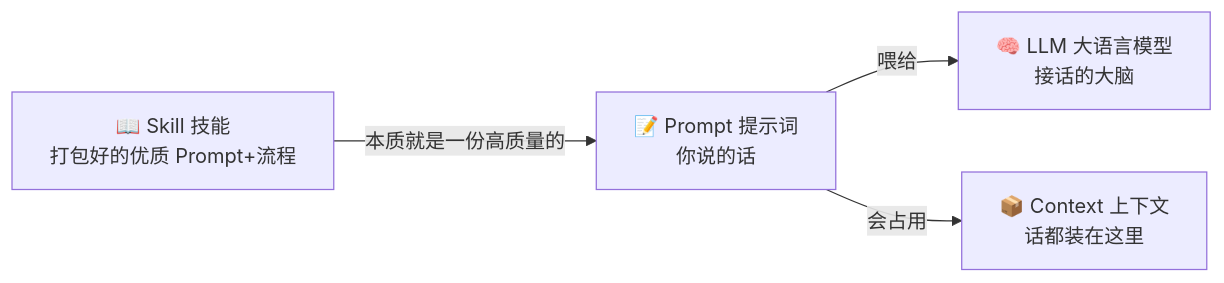
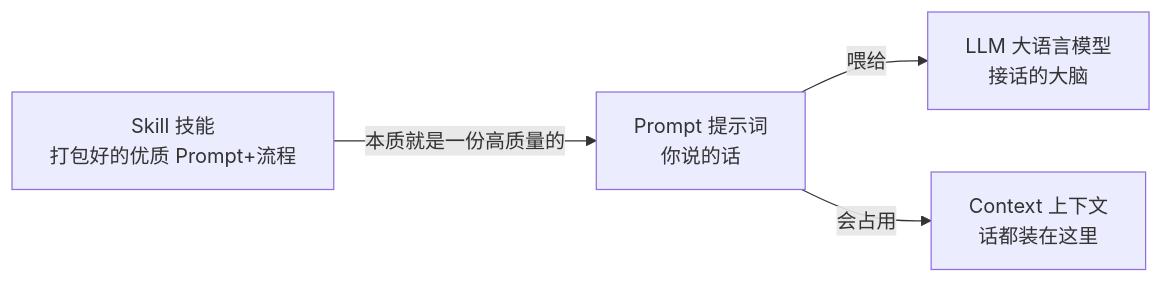
The sixth of 6 diagrams in docs/02_CONCEPTS_概念入门/CONCEPT/[CONCEPT-07] 什么是Prompt-提示词.md (luckykhy/KhyAiHub), drawn with Mermaid before and after one commit. The commit also changed other lines of this file and 19 other files, not shown here.

````diff
--- a/docs/02_CONCEPTS_概念入门/CONCEPT/[CONCEPT-07] 什么是Prompt-提示词.md
+++ b/docs/02_CONCEPTS_概念入门/CONCEPT/[CONCEPT-07] 什么是Prompt-提示词.md
@@ -248,10 +248,10 @@
 ```mermaid
 flowchart LR
-  PROMPT["📝 Prompt 提示词<br/>你说的话"]
-  LLM["🧠 LLM 大语言模型<br/>接话的大脑"]
-  SKILL["📖 Skill 技能<br/>打包好的优质 Prompt+流程"]
-  CTX["📦 Context 上下文<br/>话都装在这里"]
+  PROMPT["Prompt 提示词<br/>你说的话"]
+  LLM["LLM 大语言模型<br/>接话的大脑"]
+  SKILL["Skill 技能<br/>打包好的优质 Prompt+流程"]
+  CTX["Context 上下文<br/>话都装在这里"]
   PROMPT -- "喂给" --> LLM
   SKILL -- "本质就是一份高质量的" --> PROMPT
   PROMPT -- "会占用" --> CTX
 ```
````
